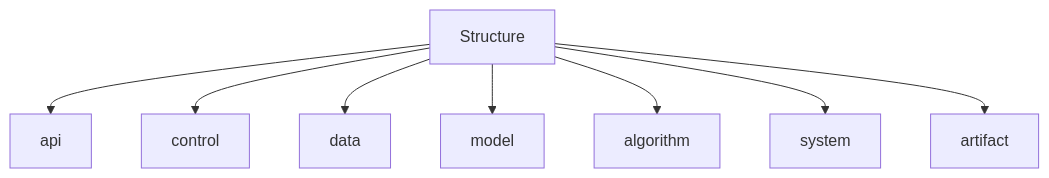
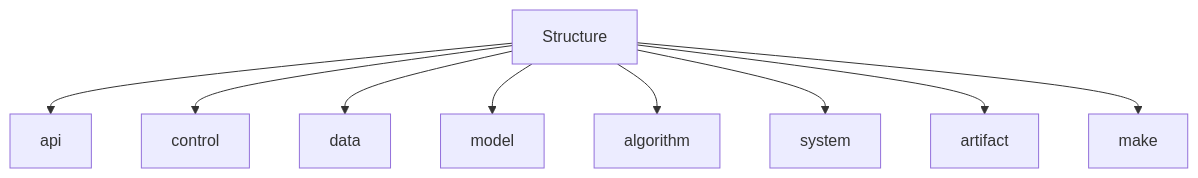
One commit to diaoenmao/RPipe changed the third of 5 diagrams in docs/CONCEPT.md. Above: the diagram before and after it, drawn with Mermaid. The commit also changed other lines of this file and 26 other files, not shown here.

First line of the commit message:
Place make in structure and cli in flow, and align the docs.

````diff
--- a/docs/CONCEPT.md
+++ b/docs/CONCEPT.md
@@ -151,10 +155,11 @@
 ```mermaid
 flowchart TB
   Structure --> api
   Structure --> control
   Structure --> data
   Structure --> model
   Structure --> algorithm
   Structure --> system
   Structure --> artifact
+  Structure --> make
 ```
````
